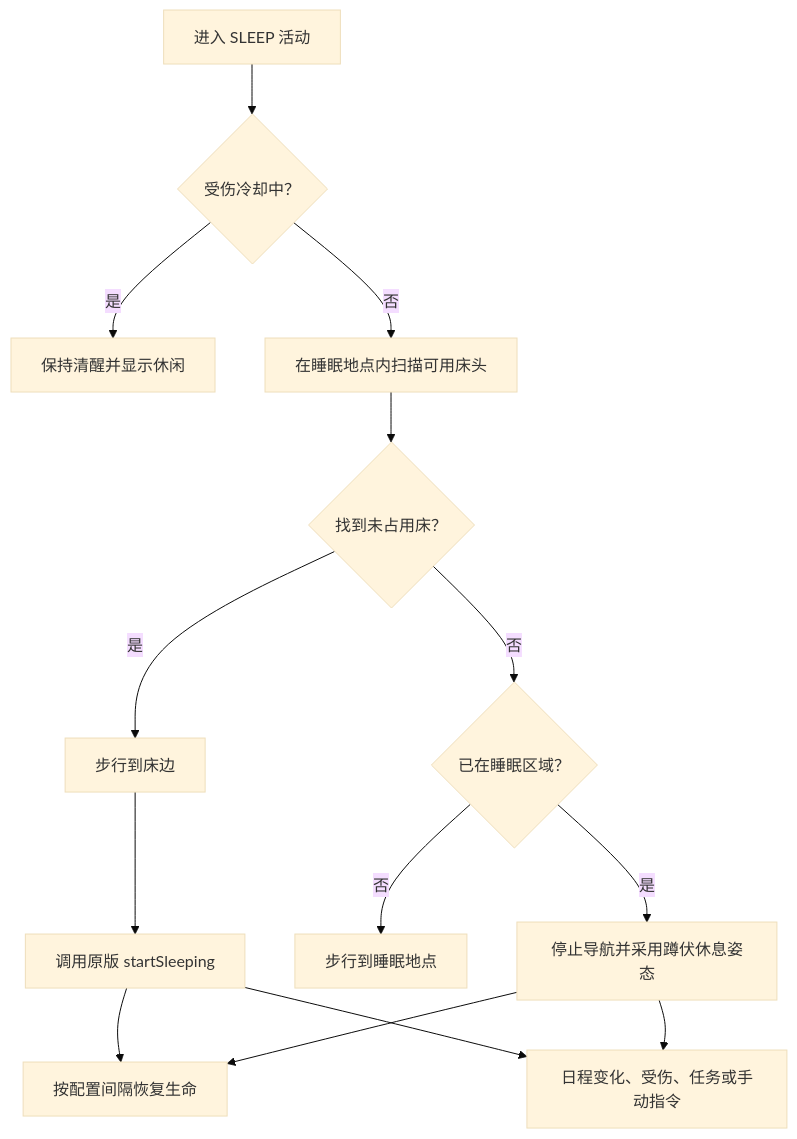
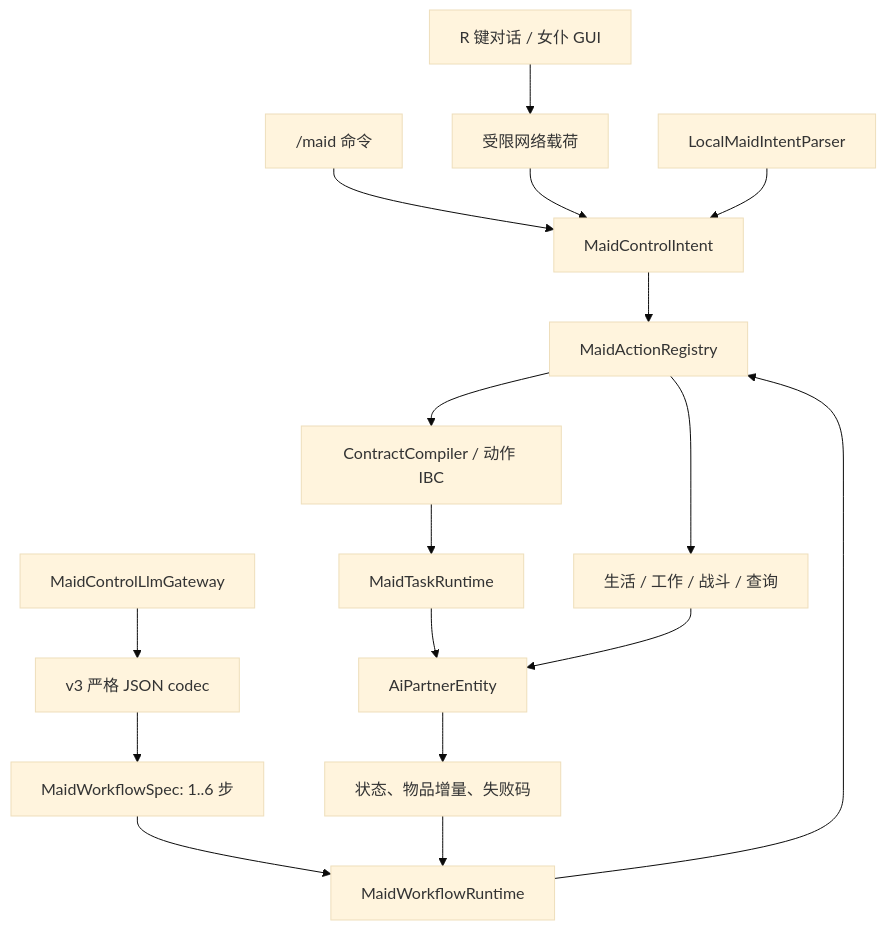
Before and after one commit to ozozorz/ai-partner: the diagram in docs/ARCHITECTURE.md, drawn with Mermaid (base theme). The commit also changed other lines of this file and 129 other files, not shown here.

````diff
--- a/docs/ARCHITECTURE.md
+++ b/docs/ARCHITECTURE.md
@@ -430,16 +14,19 @@
 ```mermaid
 flowchart TD
-    Sleep["进入 SLEEP 活动"] --> Cooldown{"受伤冷却中？"}
-    Cooldown -- 是 --> Relax["保持清醒并显示休闲"]
-    Cooldown -- 否 --> Scan["在睡眠地点内扫描可用床头"]
-    Scan --> Found{"找到未占用床？"}
-    Found -- 是 --> WalkBed["步行到床边"]
-    WalkBed --> Bed["调用原版 startSleeping"]
-    Bed --> Heal["按配置间隔恢复生命"]
-    Found -- 否 --> InArea{"已在睡眠区域？"}
-    InArea -- 否 --> WalkHome["步行到睡眠地点"]
-    InArea -- 是 --> Rest["停止导航并采用蹲伏休息姿态"]
-    Rest --> Heal
-    Bed --> Wake["日程变化、受伤、任务或手动指令"]
-    Rest --> Wake
+    Client["R 键对话 / 女仆 GUI"] --> Network["受限网络载荷"]
+    Command["/maid 命令"] --> Intent["MaidControlIntent"]
+    Network --> Intent
+    Local["LocalMaidIntentParser"] --> Intent
+    Model["MaidControlLlmGateway"] --> Codec["v3 严格 JSON codec"]
+    Codec --> Plan["MaidWorkflowSpec: 1..6 步"]
+    Plan --> Workflow["MaidWorkflowRuntime"]
+    Workflow --> Registry["MaidActionRegistry"]
+    Intent --> Registry
+    Registry --> Contract["ContractCompiler / 动作 IBC"]
+    Contract --> Task["MaidTaskRuntime"]
+    Registry --> Controllers["生活 / 工作 / 战斗 / 查询"]
+    Task --> Entity["AiPartnerEntity"]
+    Controllers --> Entity
+    Entity --> Receipt["状态、物品增量、失败码"]
+    Receipt --> Workflow
 ```
````
